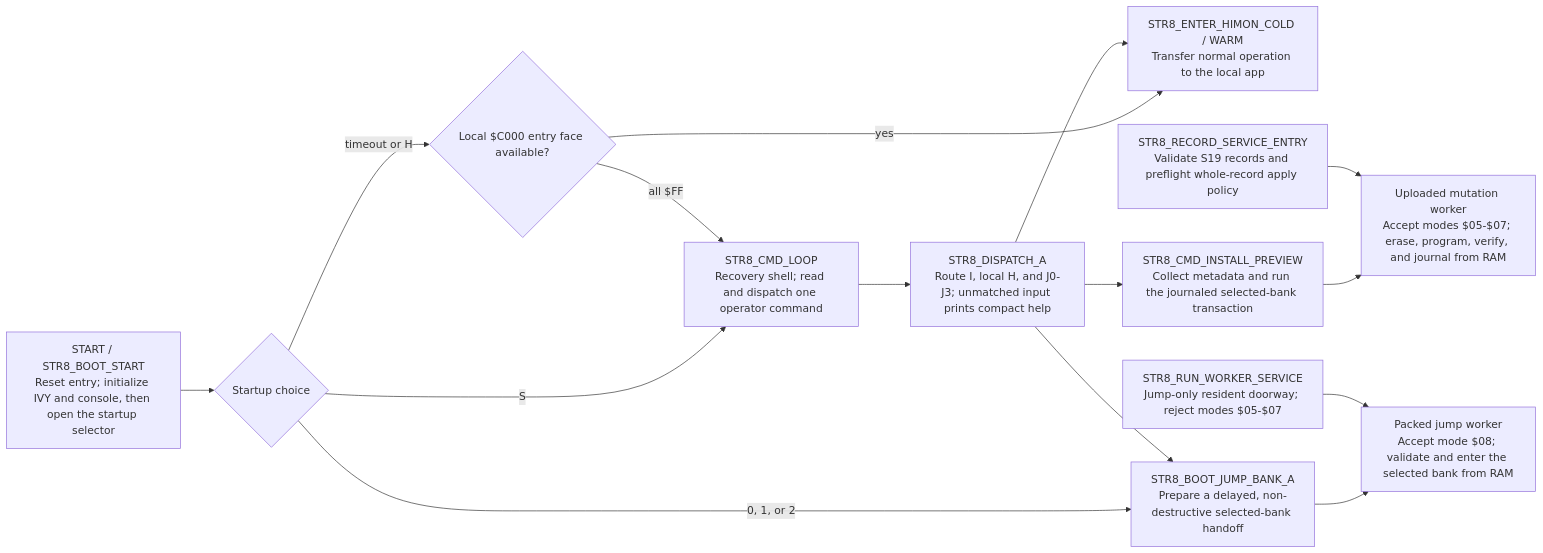
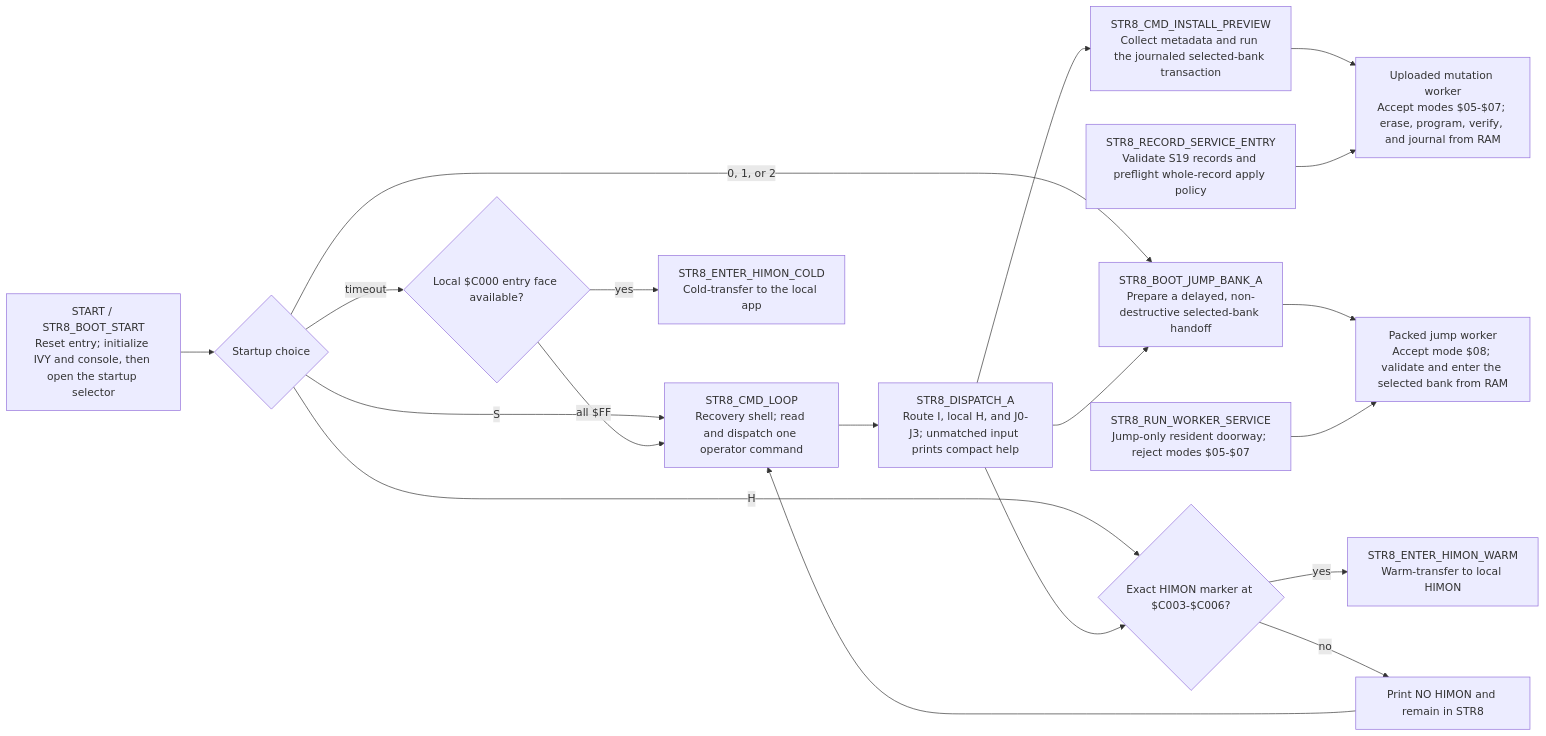
The first of 6 diagrams in DOC/GUIDES/STR8/STR8.md (95westus/R-YORS), drawn with Mermaid before and after one commit. The commit also changed other lines of this file and 32 other files, not shown here.

Commit message:
STR8: require local HIMON identity for H

````diff
--- a/DOC/GUIDES/STR8/STR8.md
+++ b/DOC/GUIDES/STR8/STR8.md
@@ -56,20 +56,24 @@
 ```mermaid
 flowchart LR
     RESET["START / STR8_BOOT_START<br/>Reset entry; initialize IVY and console, then open the startup selector"] --> SELECT{"Startup choice"}
     SELECT -->|S| SHELL["STR8_CMD_LOOP<br/>Recovery shell; read and dispatch one operator command"]
-    SELECT -->|timeout or H| BOOTCHECK{"Local $C000 entry face available?"}
-    BOOTCHECK -->|yes| HIMON["STR8_ENTER_HIMON_COLD / WARM<br/>Transfer normal operation to the local app"]
+    SELECT -->|timeout| BOOTCHECK{"Local $C000 entry face available?"}
+    BOOTCHECK -->|yes| COLD["STR8_ENTER_HIMON_COLD<br/>Cold-transfer to the local app"]
     BOOTCHECK -->|all $FF| SHELL
+    SELECT -->|H| HIMONCHECK{"Exact HIMON marker at $C003-$C006?"}
+    HIMONCHECK -->|yes| WARM["STR8_ENTER_HIMON_WARM<br/>Warm-transfer to local HIMON"]
+    HIMONCHECK -->|no| NOHIMON["Print NO HIMON and remain in STR8"]
+    NOHIMON --> SHELL
     SELECT -->|0, 1, or 2| JUMP["STR8_BOOT_JUMP_BANK_A<br/>Prepare a delayed, non-destructive selected-bank handoff"]
 
     SHELL --> DISPATCH["STR8_DISPATCH_A<br/>Route I, local H, and J0-J3; unmatched input prints compact help"]
     DISPATCH --> INSTALL["STR8_CMD_INSTALL_PREVIEW<br/>Collect metadata and run the journaled selected-bank transaction"]
     DISPATCH --> JUMP
-    DISPATCH --> HIMON
+    DISPATCH --> HIMONCHECK
 
     INSTALL --> MUTATION["Uploaded mutation worker<br/>Accept modes $05-$07; erase, program, verify, and journal from RAM"]
     JUMP --> JWORKER["Packed jump worker<br/>Accept mode $08; validate and enter the selected bank from RAM"]
 
     RECORD["STR8_RECORD_SERVICE_ENTRY<br/>Validate S19 records and preflight whole-record apply policy"] --> MUTATION
     SERVICE["STR8_RUN_WORKER_SERVICE<br/>Jump-only resident doorway; reject modes $05-$07"] --> JWORKER
 ```
````
